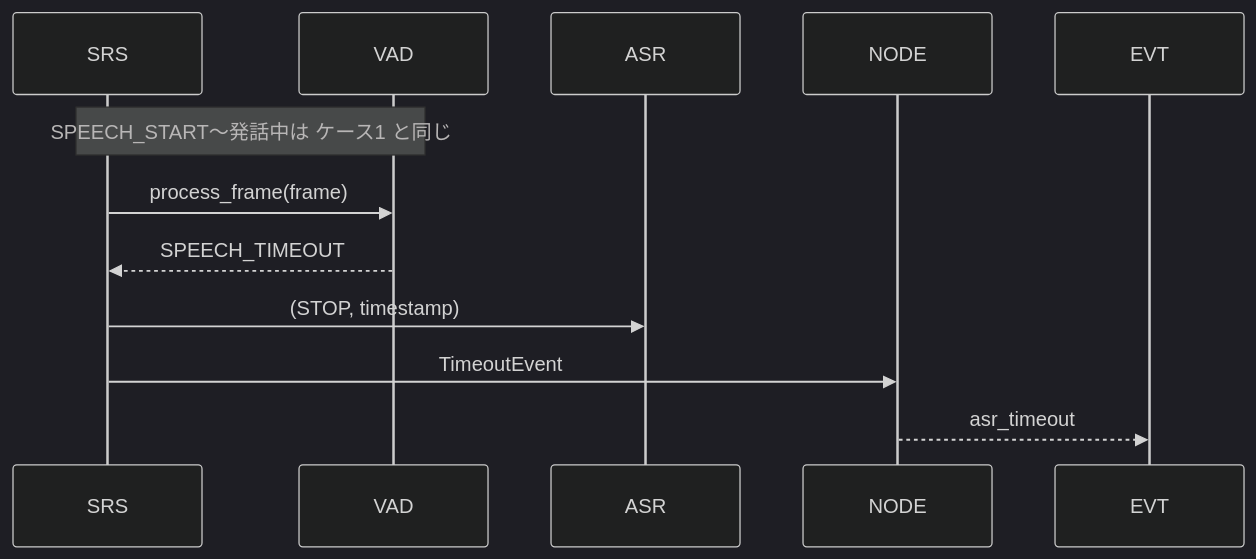
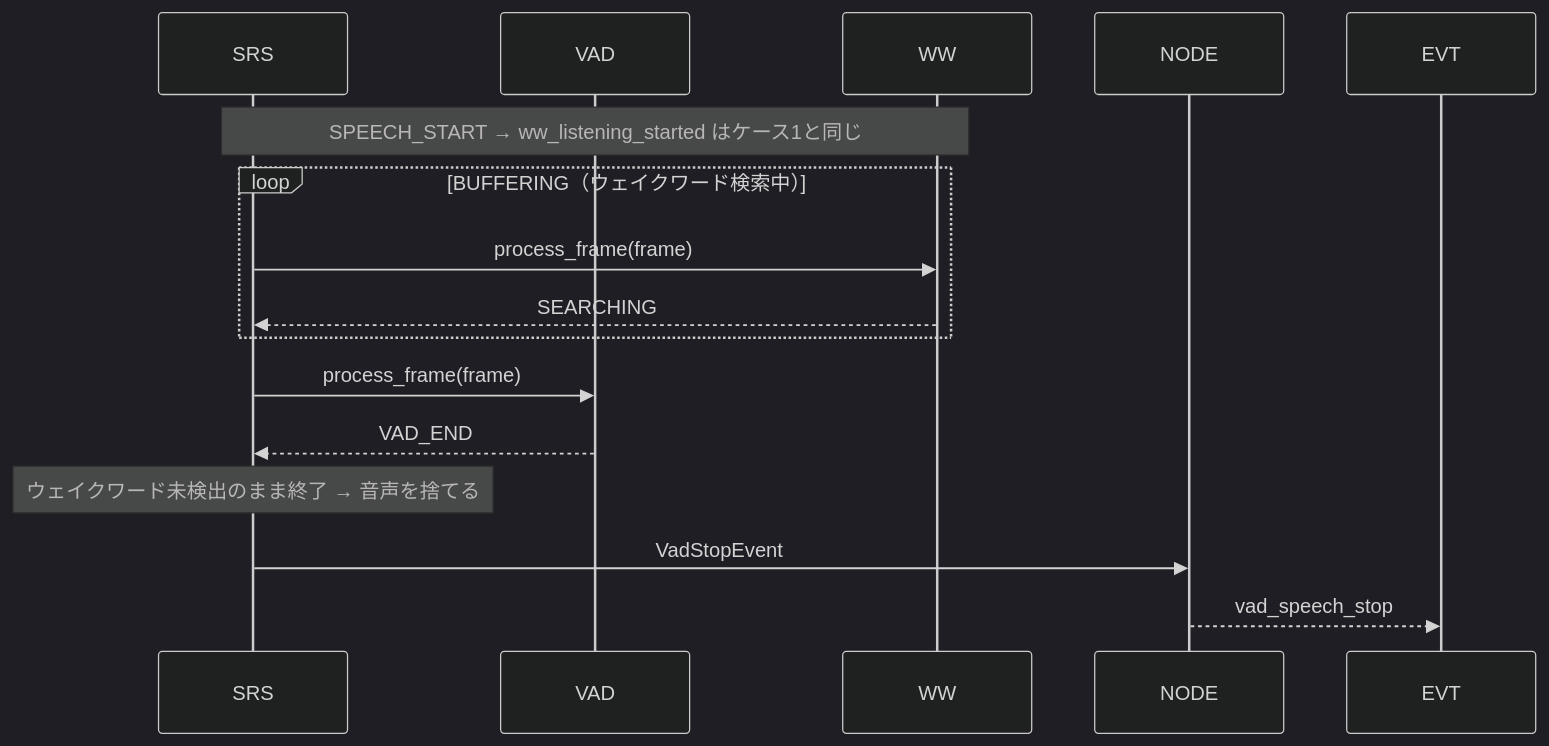
The fourth of 8 diagrams in susumu_asr_ros/README_modules.md (sato-susumu/susumu_asr_ros), drawn with Mermaid (dark theme) before and after one commit. The commit also changed other lines of this file and 25 other files, not shown here.

````diff
--- a/susumu_asr_ros/README_modules.md
+++ b/susumu_asr_ros/README_modules.md
@@ -117,16 +159,21 @@
 ```mermaid
 sequenceDiagram
     participant SRS as SRS
     participant VAD as VAD
-    participant ASR as ASR
+    participant WW as WW
     participant NODE as NODE
     participant EVT as EVT
 
-    note over SRS,VAD : SPEECH_START〜発話中は ケース1 と同じ
+    note over SRS,WW : SPEECH_START → ww_listening_started はケース1と同じ
+
+    loop BUFFERING（ウェイクワード検索中）
+        SRS ->> WW : process_frame(frame)
+        WW -->> SRS : SEARCHING
+    end
 
     SRS ->> VAD : process_frame(frame)
-    VAD -->> SRS : SPEECH_TIMEOUT
-    SRS ->> ASR : (STOP, timestamp)
-    SRS ->> NODE : TimeoutEvent
-    NODE -->> EVT : asr_timeout
+    VAD -->> SRS : VAD_END
+    note over SRS : ウェイクワード未検出のまま終了 → 音声を捨てる
+    SRS ->> NODE : VadStopEvent
+    NODE -->> EVT : vad_speech_stop
 ```
````
